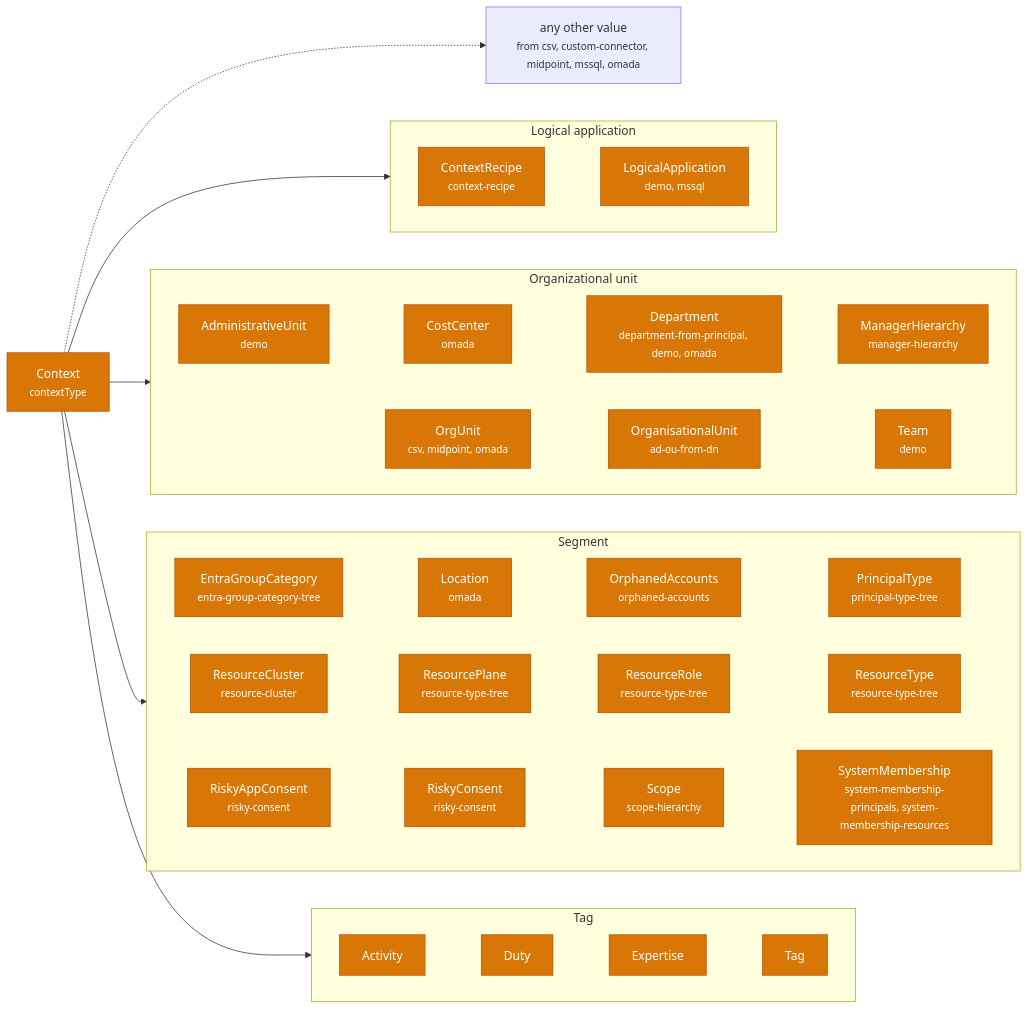
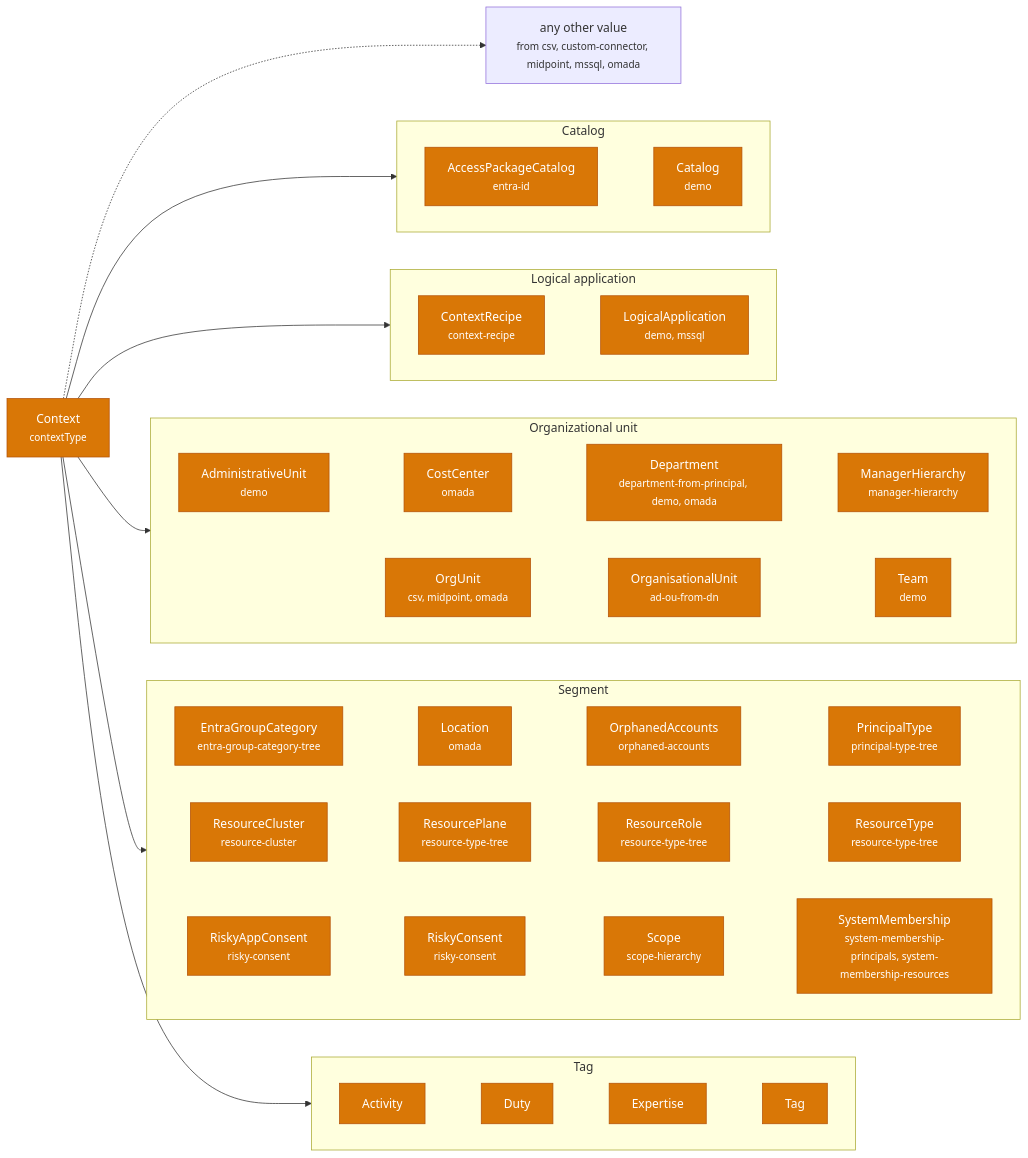
Before and after one commit to Fortigi/IdentityAtlas: the fourth of 5 diagrams in docs/concepts/ontology.md, drawn with Mermaid. The commit also changed 79 other files, not shown here.

First line of the commit message:
Catalogs become contexts (1/2): Catalog template, Entra crawler, Catalogs tab (#1704)

````diff
--- a/docs/concepts/ontology.md
+++ b/docs/concepts/ontology.md
@@ -225,55 +225,62 @@
 ```mermaid
 flowchart LR
     root["Context<br/><small>contextType</small>"]:::Context
+    subgraph g_CatalogContext["Catalog"]
+      direction LR
+      t_AccessPackageCatalog["AccessPackageCatalog<br/><small>entra-id</small>"]:::Context
+      t_Catalog["Catalog<br/><small>demo</small>"]:::Context
+      t_AccessPackageCatalog ~~~ t_Catalog
+    end
     subgraph g_LogicalApplicationContext["Logical application"]
       direction LR
       t_ContextRecipe["ContextRecipe<br/><small>context-recipe</small>"]:::Context
       t_LogicalApplication["LogicalApplication<br/><small>demo, mssql</small>"]:::Context
       t_ContextRecipe ~~~ t_LogicalApplication
     end
     subgraph g_OrganizationalUnit["Organizational unit"]
       direction LR
       t_AdministrativeUnit["AdministrativeUnit<br/><small>demo</small>"]:::Context
       t_CostCenter["CostCenter<br/><small>omada</small>"]:::Context
       t_Department["Department<br/><small>department-from-principal, demo, omada</small>"]:::Context
       t_ManagerHierarchy["ManagerHierarchy<br/><small>manager-hierarchy</small>"]:::Context
       t_OrgUnit["OrgUnit<br/><small>csv, midpoint, omada</small>"]:::Context
       t_OrganisationalUnit["OrganisationalUnit<br/><small>ad-ou-from-dn</small>"]:::Context
       t_Team["Team<br/><small>demo</small>"]:::Context
       t_AdministrativeUnit ~~~ t_CostCenter ~~~ t_Department ~~~ t_ManagerHierarchy
       t_OrgUnit ~~~ t_OrganisationalUnit ~~~ t_Team
     end
     subgraph g_Segment["Segment"]
       direction LR
       t_EntraGroupCategory["EntraGroupCategory<br/><small>entra-group-category-tree</small>"]:::Context
       t_Location["Location<br/><small>omada</small>"]:::Context
       t_OrphanedAccounts["OrphanedAccounts<br/><small>orphaned-accounts</small>"]:::Context
       t_PrincipalType["PrincipalType<br/><small>principal-type-tree</small>"]:::Context
       t_ResourceCluster["ResourceCluster<br/><small>resource-cluster</small>"]:::Context
       t_ResourcePlane["ResourcePlane<br/><small>resource-type-tree</small>"]:::Context
       t_ResourceRole["ResourceRole<br/><small>resource-type-tree</small>"]:::Context
       t_ResourceType["ResourceType<br/><small>resource-type-tree</small>"]:::Context
       t_RiskyAppConsent["RiskyAppConsent<br/><small>risky-consent</small>"]:::Context
       t_RiskyConsent["RiskyConsent<br/><small>risky-consent</small>"]:::Context
       t_Scope["Scope<br/><small>scope-hierarchy</small>"]:::Context
       t_SystemMembership["SystemMembership<br/><small>system-membership-principals, system-membership-resources</small>"]:::Context
       t_EntraGroupCategory ~~~ t_Location ~~~ t_OrphanedAccounts ~~~ t_PrincipalType
       t_ResourceCluster ~~~ t_ResourcePlane ~~~ t_ResourceRole ~~~ t_ResourceType
       t_RiskyAppConsent ~~~ t_RiskyConsent ~~~ t_Scope ~~~ t_SystemMembership
     end
     subgraph g_TagContext["Tag"]
       direction LR
       t_Activity["Activity"]:::Context
       t_Duty["Duty"]:::Context
       t_Expertise["Expertise"]:::Context
       t_Tag["Tag"]:::Context
       t_Activity ~~~ t_Duty ~~~ t_Expertise ~~~ t_Tag
     end
+    root --> g_CatalogContext
     root --> g_LogicalApplicationContext
     root --> g_OrganizationalUnit
     root --> g_Segment
     root --> g_TagContext
     other["any other value<br/><small>from csv, custom-connector, midpoint, mssql, omada</small>"]
     root -.-> other
     classDef Context fill:#d97706,stroke:#b45309,color:#fff
 ```
````
